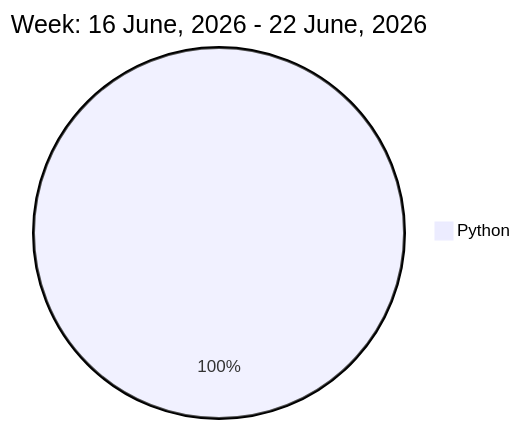
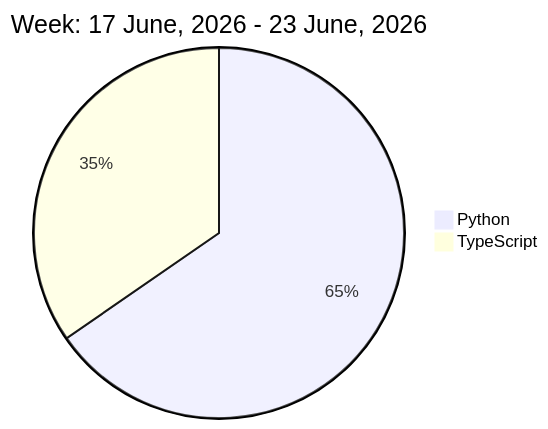
One commit to liubin95/liubin95 changed the diagram in README.md. Above: the diagram before and after it, drawn with Mermaid.

Commit message:
Updated the Graph with new Metrics

````diff
--- a/README.md
+++ b/README.md
@@ -32,5 +32,6 @@
 ```mermaid
  pie
-title Week: 16 June, 2026 - 22 June, 2026
- "Python" : 9.92
+title Week: 17 June, 2026 - 23 June, 2026
+ "Python" : 8.97
+ "TypeScript" : 4.75
 ```
````
